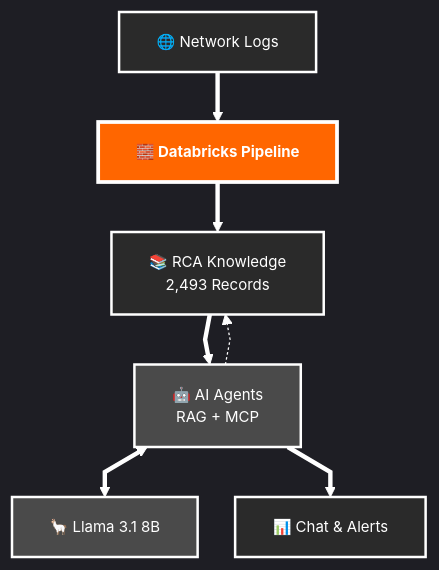
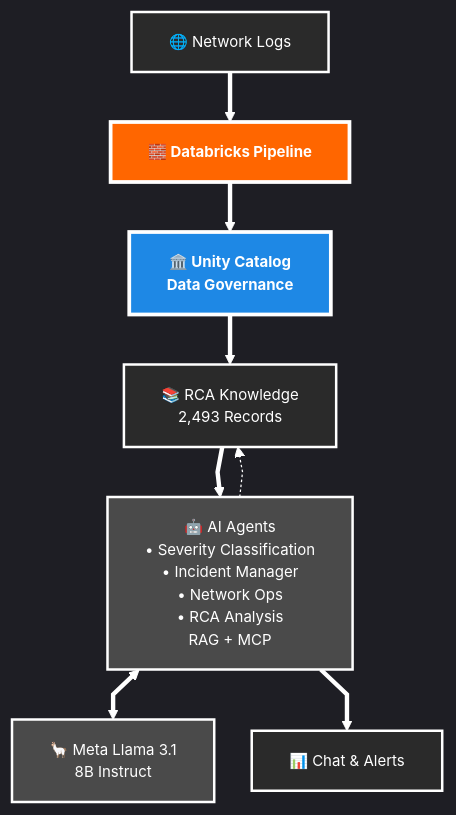
Before and after one commit to somaazure/Network-Fault-Detection-RCA-System-Databricks: the diagram in README.md, drawn with Mermaid.

Commit message:
Final diagram enhancements: detailed agents, Unity Catalog, full model name
- Added individual AI agent names: Severity Classification, Incident Manager, Network Ops, RCA Analysis
- Included Unity Catalog box after Databricks Pipeline for data governance
- Updated to full model name: Meta Llama 3.1 8B Instruct
- Added Unity Catalog styling with distinctive blue color (#1e88e5)
- Enhanced agent box with bullet points for clarity
- Complete system flow with all key components visible

🤖 Generated with [Claude Code](https://claude.ai/code)

````diff
--- a/README.md
+++ b/README.md
@@ -39,25 +39,29 @@
 ```mermaid
 %%{init: {"theme": "dark", "themeVariables": {"primaryColor": "#ff6600", "primaryTextColor": "#ffffff", "primaryBorderColor": "#ff6600", "lineColor": "#ffffff", "edgeLabelBackground": "#333333", "clusterBkg": "#1a1a1a", "clusterBorder": "#ffffff", "mainBkg": "#2a2a2a", "secondBkg": "#1a1a1a", "tertiaryBkg": "#2a2a2a"}, "flowchart": {"nodeSpacing": 30, "rankSpacing": 40, "curve": "linear"}}}%%
 
 flowchart TD
     A["🌐 Network Logs"]
     B["🧱 Databricks Pipeline"]
-    C["📚 RCA Knowledge<br/>2,493 Records"]
-    D["🤖 AI Agents<br/>RAG + MCP"]
-    E["🦙 Llama 3.1 8B"]
-    F["📊 Chat & Alerts"]
+    C["🏛️ Unity Catalog<br/>Data Governance"]
+    D["📚 RCA Knowledge<br/>2,493 Records"]
+    E["🤖 AI Agents<br/>• Severity Classification<br/>• Incident Manager<br/>• Network Ops<br/>• RCA Analysis<br/>RAG + MCP"]
+    F["🦙 Meta Llama 3.1<br/>8B Instruct"]
+    G["📊 Chat & Alerts"]
 
     A ==> B
     B ==> C
     C ==> D
-    D <==> E
-    D ==> F
-    D -.-> C
+    D ==> E
+    E <==> F
+    E ==> G
+    E -.-> D
 
     classDef default fill:#2a2a2a,stroke:#ffffff,stroke-width:2px,color:#ffffff,font-size:12px
     classDef databricks fill:#ff6600,stroke:#ffffff,stroke-width:3px,color:#ffffff,font-size:12px,font-weight:bold
+    classDef unity fill:#1e88e5,stroke:#ffffff,stroke-width:3px,color:#ffffff,font-size:12px,font-weight:bold
     classDef ai fill:#4a4a4a,stroke:#ffffff,stroke-width:2px,color:#ffffff,font-size:12px
 
     class B databricks
-    class D,E ai
+    class C unity
+    class E,F ai
 ```
````
